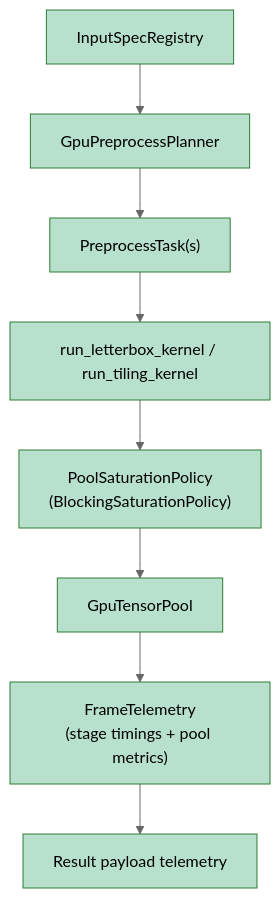
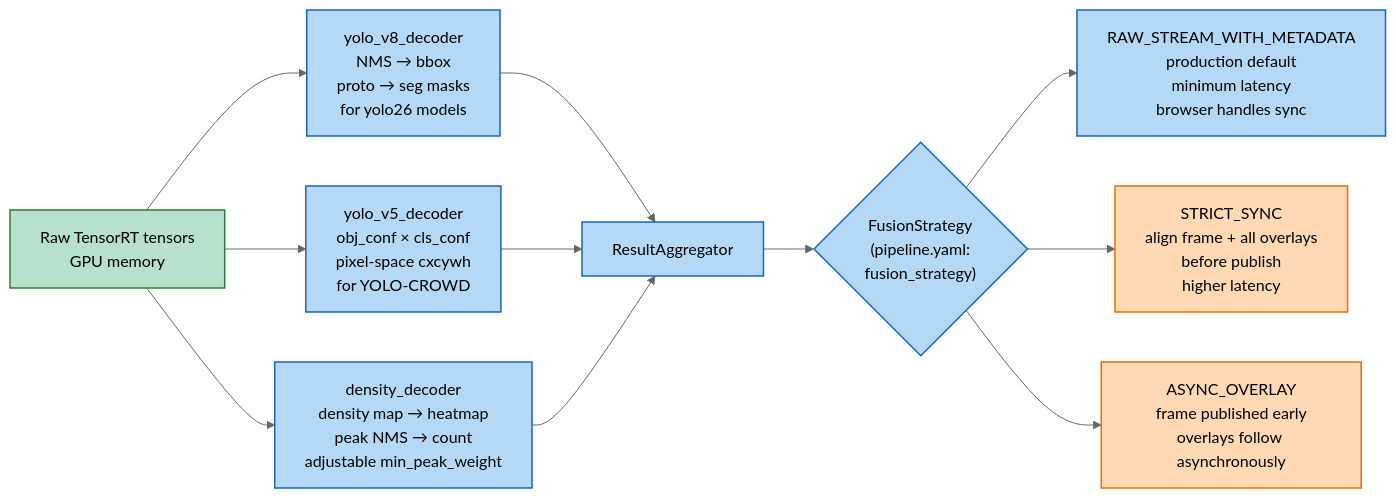
One commit to Nutz95/PeopleCounter changed the fifth of 5 diagrams in app_v2/docs/README_ARCHI.md. Above: the diagram before and after it, drawn with Mermaid (neutral theme). The commit also changed other lines of this file and 10 other files, not shown here.

First line of the commit message:
Enhance performance analysis documentation and GPU preprocessing pipeline

````diff
--- a/app_v2/docs/README_ARCHI.md
+++ b/app_v2/docs/README_ARCHI.md
@@ -48,14 +184,28 @@
 ```mermaid
-flowchart TD
-    Registry["InputSpecRegistry"]:::done --> Planner["GpuPreprocessPlanner"]:::done
-    Planner --> Tasks["PreprocessTask(s)"]:::done
-    Tasks --> KernelDispatch["run_letterbox_kernel / run_tiling_kernel"]:::done
-    KernelDispatch --> SaturationPolicy["PoolSaturationPolicy<br/>(BlockingSaturationPolicy)"]:::done
-    SaturationPolicy --> TensorPool["GpuTensorPool"]:::done
-    TensorPool --> Telemetry["FrameTelemetry<br/>(stage timings + pool metrics)"]:::done
-    Telemetry --> Payload["Result payload telemetry"]:::done
+flowchart LR
+    trt_out["Raw TensorRT tensors<br/>GPU memory"]:::gpu
 
-    classDef done fill:#b7e1cd,color:#000,stroke:#2e7d32,stroke-width:1px;
-    classDef partial fill:#ffd9b3,color:#000,stroke:#ef6c00,stroke-width:1px;
-    classDef todo fill:#f4b6b6,color:#000,stroke:#c62828,stroke-width:1px;
+    yolo_v8["yolo_v8_decoder<br/>NMS → bbox<br/>proto → seg masks<br/>for yolo26 models"]:::cpu
+    yolo_v5["yolo_v5_decoder<br/>obj_conf × cls_conf<br/>pixel-space cxcywh<br/>for YOLO-CROWD"]:::cpu
+    density_dec["density_decoder<br/>density map → heatmap<br/>peak NMS → count<br/>adjustable min_peak_weight"]:::cpu
+
+    agg["ResultAggregator"]:::cpu
+
+    strat{"FusionStrategy<br/>(pipeline.yaml:<br/>fusion_strategy)"}:::cpu
+
+    raw["RAW_STREAM_WITH_METADATA<br/>production default<br/>minimum latency<br/>browser handles sync"]:::cpu
+    strict["STRICT_SYNC<br/>align frame + all overlays<br/>before publish<br/>higher latency"]:::wip
+    async_["ASYNC_OVERLAY<br/>frame published early<br/>overlays follow asynchronously"]:::wip
+
+    trt_out --> yolo_v8 --> agg
+    trt_out --> yolo_v5 --> agg
+    trt_out --> density_dec --> agg
+    agg --> strat
+    strat --> raw
+    strat --> strict
+    strat --> async_
+
+    classDef gpu fill:#b7e1cd,color:#000,stroke:#2e7d32,stroke-width:1.5px;
+    classDef cpu fill:#b3d9f7,color:#000,stroke:#1565c0,stroke-width:1.5px;
+    classDef wip fill:#ffd9b3,color:#000,stroke:#ef6c00,stroke-width:1.5px;
 ```
````
